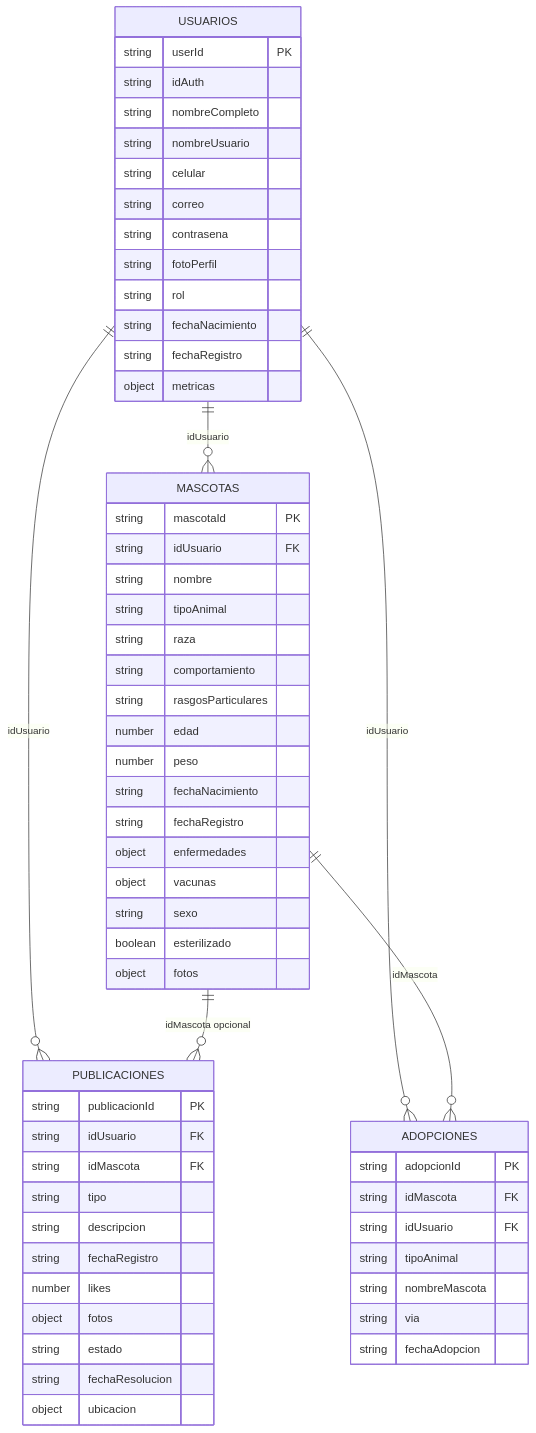
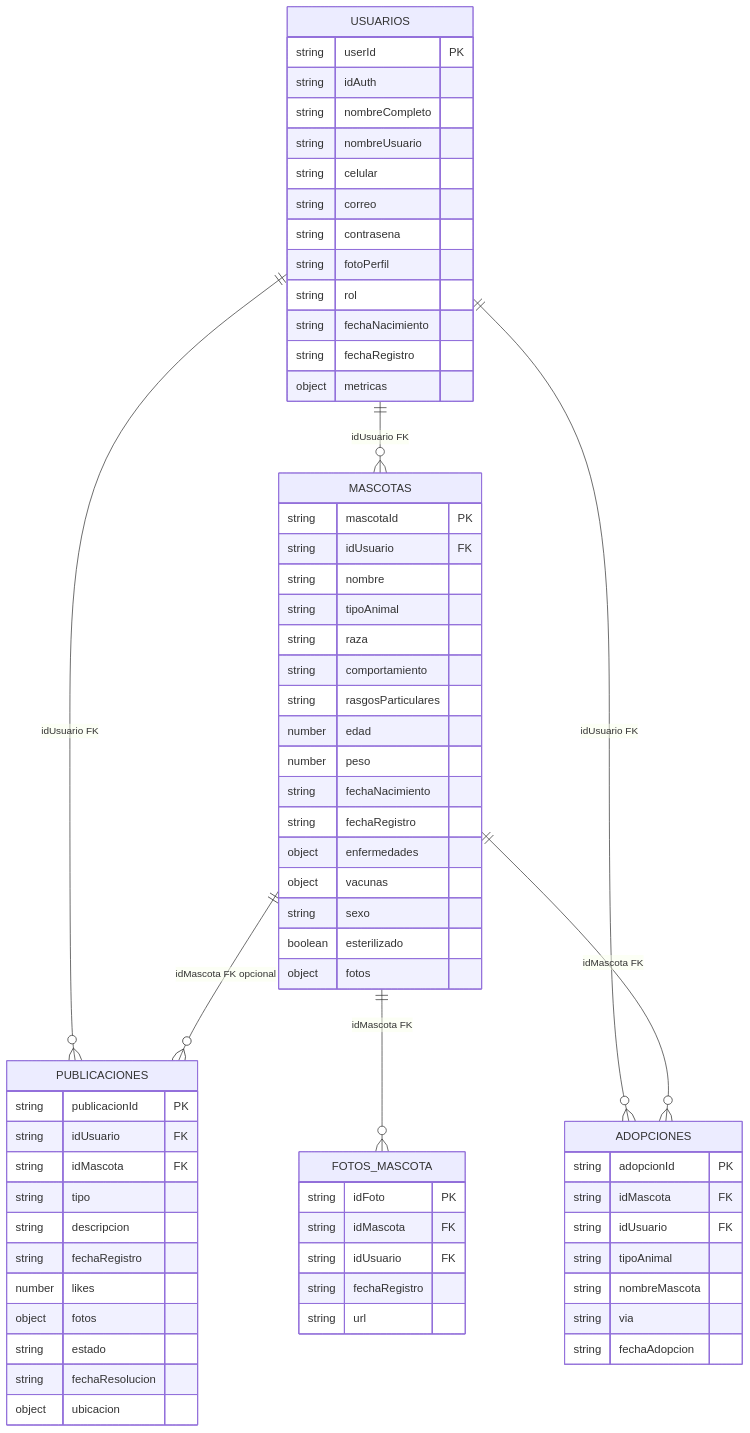
The second of 4 diagrams in docs/diagramas/diagramas_redpatitas.md (AndrykLeonT/redPatitas), drawn with Mermaid before and after one commit. The commit also changed other lines of this file and 1 other file, not shown here.

````diff
--- a/docs/diagramas/diagramas_redpatitas.md
+++ b/docs/diagramas/diagramas_redpatitas.md
@@ -72,66 +131,75 @@
 ```mermaid
 erDiagram
-  USUARIOS ||--o{ MASCOTAS : "idUsuario"
-  USUARIOS ||--o{ PUBLICACIONES : "idUsuario"
-  USUARIOS ||--o{ ADOPCIONES : "idUsuario"
-  MASCOTAS ||--o{ PUBLICACIONES : "idMascota opcional"
-  MASCOTAS ||--o{ ADOPCIONES : "idMascota"
+  USUARIOS ||--o{ MASCOTAS : "idUsuario FK"
+  USUARIOS ||--o{ PUBLICACIONES : "idUsuario FK"
+  USUARIOS ||--o{ ADOPCIONES : "idUsuario FK"
+  MASCOTAS ||--o{ PUBLICACIONES : "idMascota FK opcional"
+  MASCOTAS ||--o{ FOTOS_MASCOTA : "idMascota FK"
+  MASCOTAS ||--o{ ADOPCIONES : "idMascota FK"
 
   USUARIOS {
     string userId PK
     string idAuth
     string nombreCompleto
     string nombreUsuario
     string celular
     string correo
     string contrasena
     string fotoPerfil
     string rol
     string fechaNacimiento
     string fechaRegistro
     object metricas
   }
 
   MASCOTAS {
     string mascotaId PK
     string idUsuario FK
     string nombre
     string tipoAnimal
     string raza
     string comportamiento
     string rasgosParticulares
     number edad
     number peso
     string fechaNacimiento
     string fechaRegistro
     object enfermedades
     object vacunas
     string sexo
     boolean esterilizado
     object fotos
   }
 
   PUBLICACIONES {
     string publicacionId PK
     string idUsuario FK
     string idMascota FK
     string tipo
     string descripcion
     string fechaRegistro
     number likes
     object fotos
     string estado
     string fechaResolucion
     object ubicacion
   }
 
   ADOPCIONES {
     string adopcionId PK
     string idMascota FK
     string idUsuario FK
     string tipoAnimal
     string nombreMascota
     string via
     string fechaAdopcion
   }
+
+  FOTOS_MASCOTA {
+    string idFoto PK
+    string idMascota FK
+    string idUsuario FK
+    string fechaRegistro
+    string url
+  }
 ```
````
